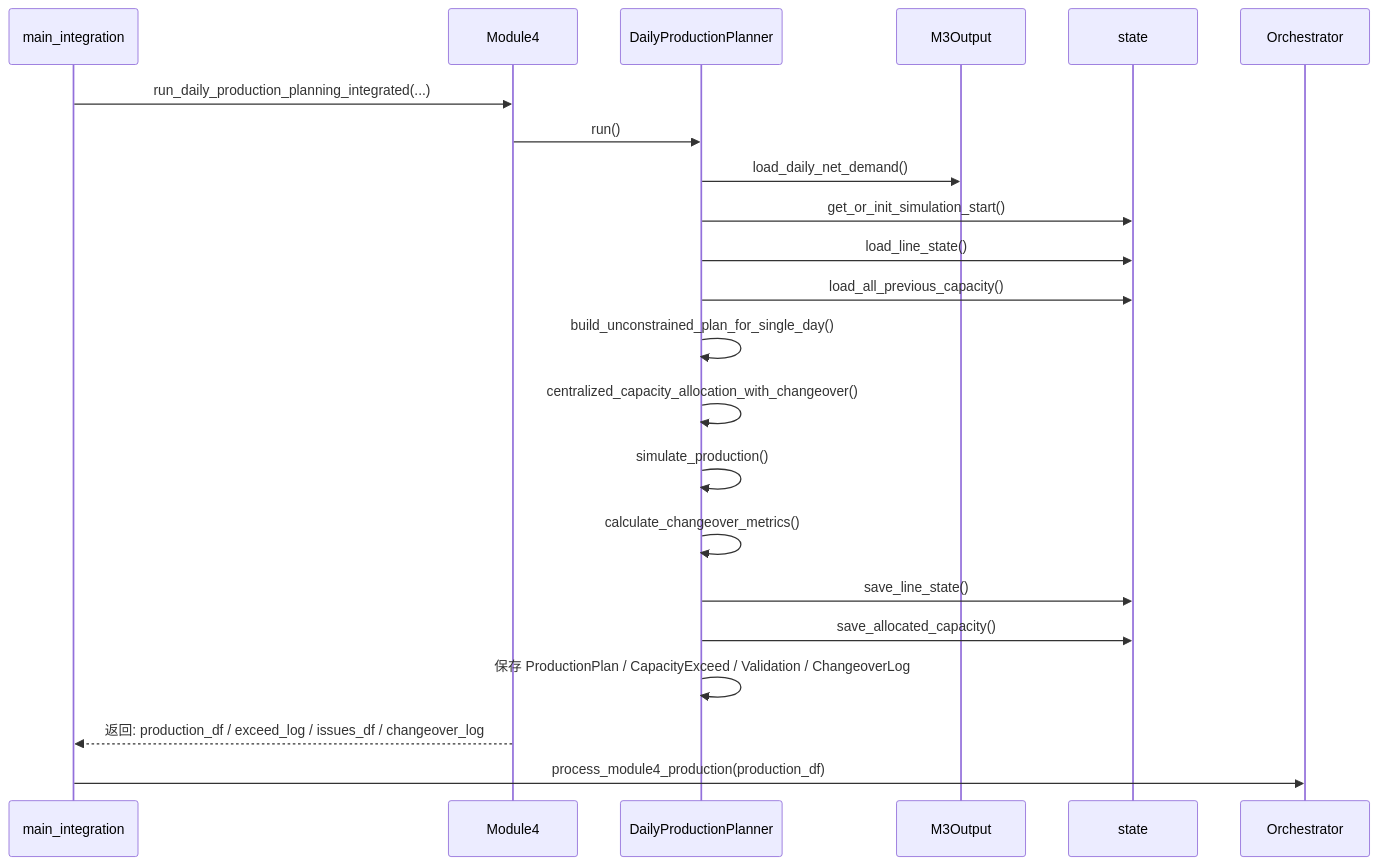
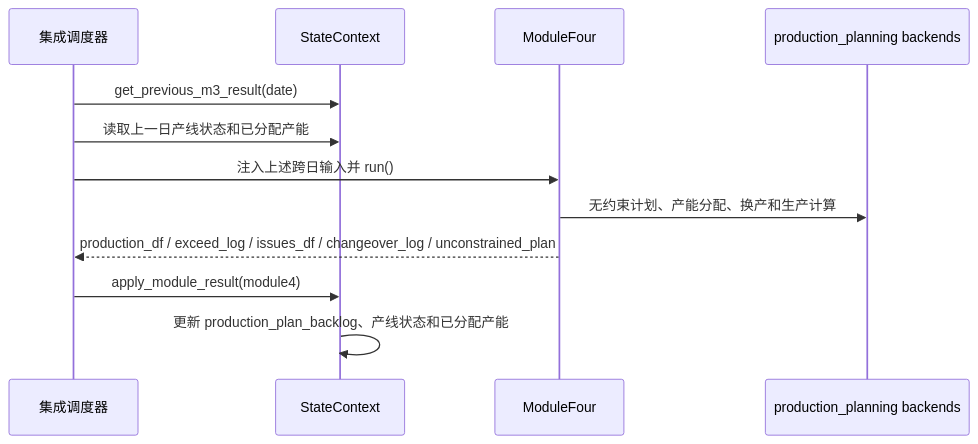
Before and after one commit to senzhang-ps/chainsight: the fifth of 9 diagrams in docs/architecture/module_sequence_diagrams.md, drawn with Mermaid. The commit also changed other lines of this file and 14 other files, not shown here.

````diff
--- a/docs/architecture/module_sequence_diagrams.md
+++ b/docs/architecture/module_sequence_diagrams.md
@@ -167,25 +166,15 @@
 ```mermaid
 sequenceDiagram
-    participant MAIN as main_integration
-    participant M4 as Module4
-    participant M4MAIN as DailyProductionPlanner
-    participant M3OUT as M3Output
-    participant STATE as state
-    participant ORC as Orchestrator
+    participant I as 集成调度器
+    participant S as StateContext
+    participant M4 as ModuleFour
+    participant B as production_planning backends
 
-    MAIN->>M4: run_daily_production_planning_integrated(...)
-    M4->>M4MAIN: run()
-    M4MAIN->>M3OUT: load_daily_net_demand()
-    M4MAIN->>STATE: get_or_init_simulation_start()
-    M4MAIN->>STATE: load_line_state()
-    M4MAIN->>STATE: load_all_previous_capacity()
-    M4MAIN->>M4MAIN: build_unconstrained_plan_for_single_day()
-    M4MAIN->>M4MAIN: centralized_capacity_allocation_with_changeover()
-    M4MAIN->>M4MAIN: simulate_production()
-    M4MAIN->>M4MAIN: calculate_changeover_metrics()
-    M4MAIN->>STATE: save_line_state()
-    M4MAIN->>STATE: save_allocated_capacity()
-    M4MAIN->>M4MAIN: 保存 ProductionPlan / CapacityExceed / Validation / ChangeoverLog
-    M4-->>MAIN: 返回: production_df / exceed_log / issues_df / changeover_log
-    MAIN->>ORC: process_module4_production(production_df)
+    I->>S: get_previous_m3_result(date)
+    I->>S: 读取上一日产线状态和已分配产能
+    I->>M4: 注入上述跨日输入并 run()
+    M4->>B: 无约束计划、产能分配、换产和生产计算
+    M4-->>I: production_df / exceed_log / issues_df / changeover_log / unconstrained_plan
+    I->>S: apply_module_result(module4)
+    S->>S: 更新 production_plan_backlog、产线状态和已分配产能
 ```
````
